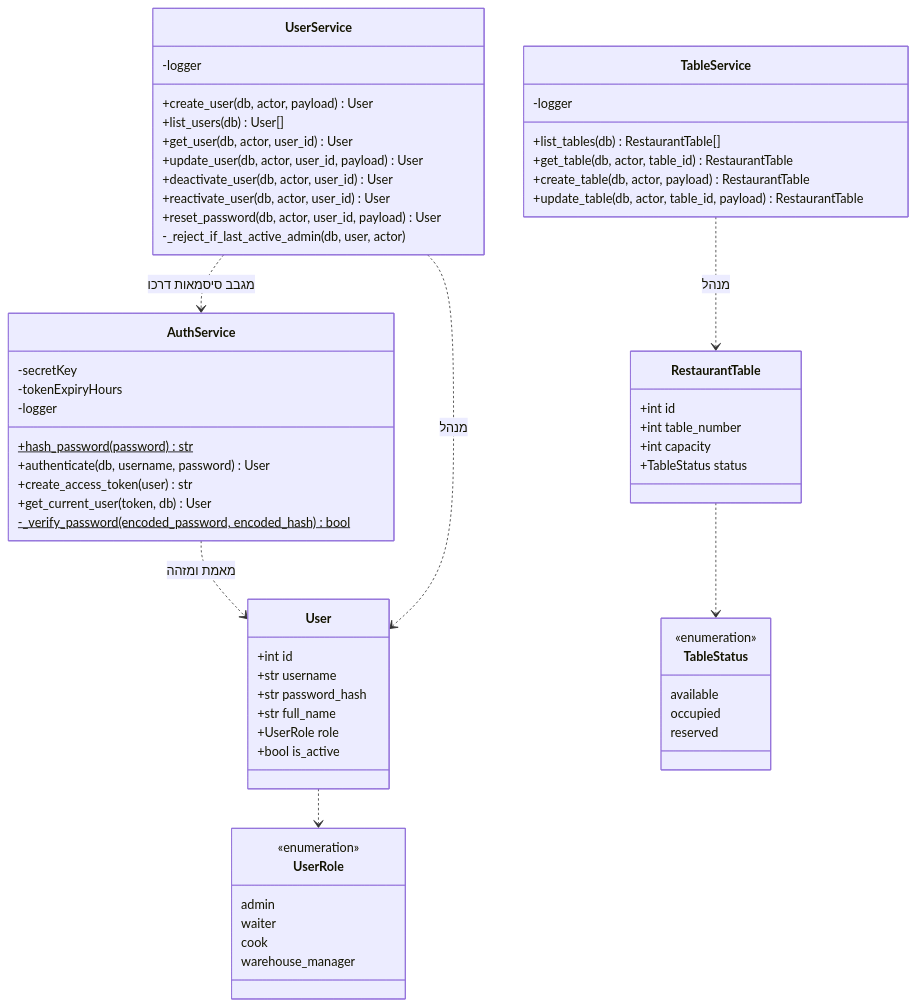
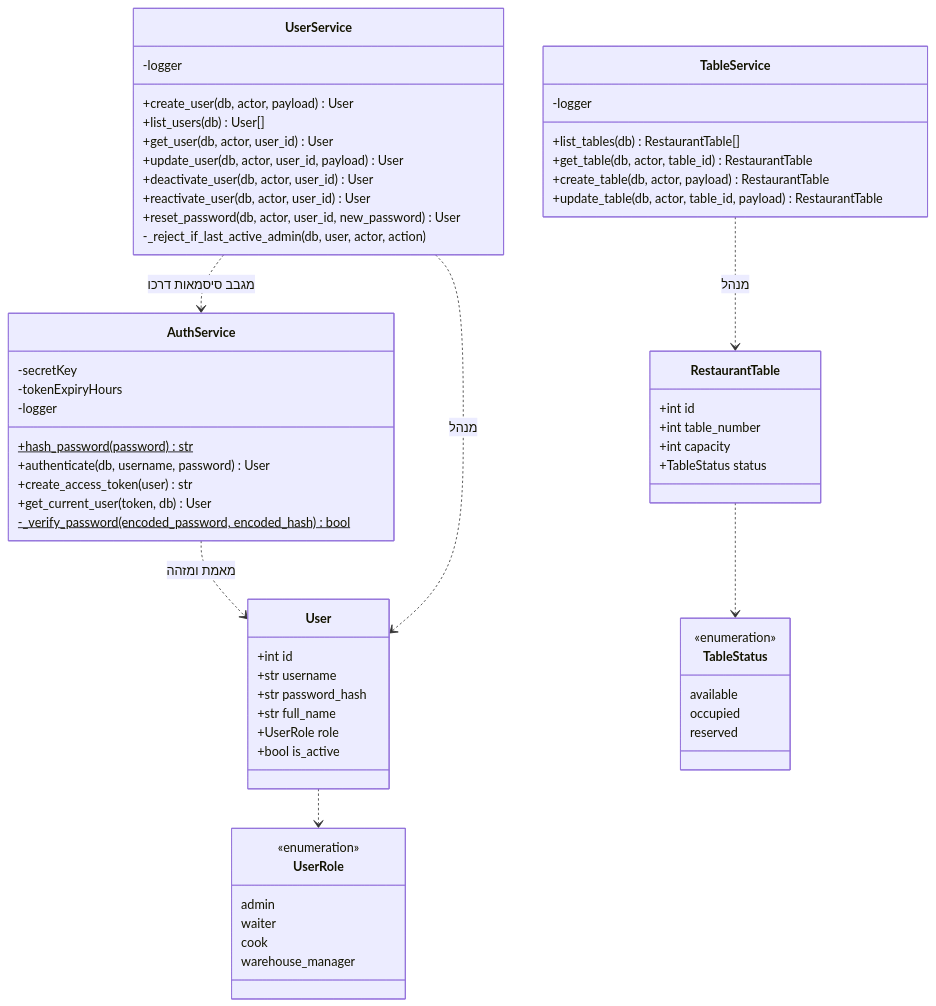
Before and after one commit to RonZaretsky/Restaurant-Kitchen-Management-System: the diagram in מסמכים/הגשה/diagrams/class-users.md, drawn with Mermaid. The commit also changed 12 other files, not shown here.

````diff
--- a/מסמכים/הגשה/diagrams/class-users.md
+++ b/מסמכים/הגשה/diagrams/class-users.md
@@ -3,73 +3,73 @@
 ```mermaid
 classDiagram
     direction TB
 
     class AuthService {
         -secretKey
         -tokenExpiryHours
         -logger
         +hash_password(password)$ str
         +authenticate(db, username, password) User
         +create_access_token(user) str
         +get_current_user(token, db) User
         -_verify_password(encoded_password, encoded_hash)$ bool
     }
 
     class UserService {
         -logger
         +create_user(db, actor, payload) User
         +list_users(db) User[]
         +get_user(db, actor, user_id) User
         +update_user(db, actor, user_id, payload) User
         +deactivate_user(db, actor, user_id) User
         +reactivate_user(db, actor, user_id) User
-        +reset_password(db, actor, user_id, payload) User
-        -_reject_if_last_active_admin(db, user, actor)
+        +reset_password(db, actor, user_id, new_password) User
+        -_reject_if_last_active_admin(db, user, actor, action)
     }
 
     class TableService {
         -logger
         +list_tables(db) RestaurantTable[]
         +get_table(db, actor, table_id) RestaurantTable
         +create_table(db, actor, payload) RestaurantTable
         +update_table(db, actor, table_id, payload) RestaurantTable
     }
 
     class User {
         +int id
         +str username
         +str password_hash
         +str full_name
         +UserRole role
         +bool is_active
     }
 
     class RestaurantTable {
         +int id
         +int table_number
         +int capacity
         +TableStatus status
     }
 
     class UserRole {
         <<enumeration>>
         admin
         waiter
         cook
         warehouse_manager
     }
 
     class TableStatus {
         <<enumeration>>
         available
         occupied
         reserved
     }
 
     AuthService ..> User : מאמת ומזהה
     UserService ..> User : מנהל
     UserService ..> AuthService : מגבב סיסמאות דרכו
     TableService ..> RestaurantTable : מנהל
     User ..> UserRole
     RestaurantTable ..> TableStatus
 ```
````
